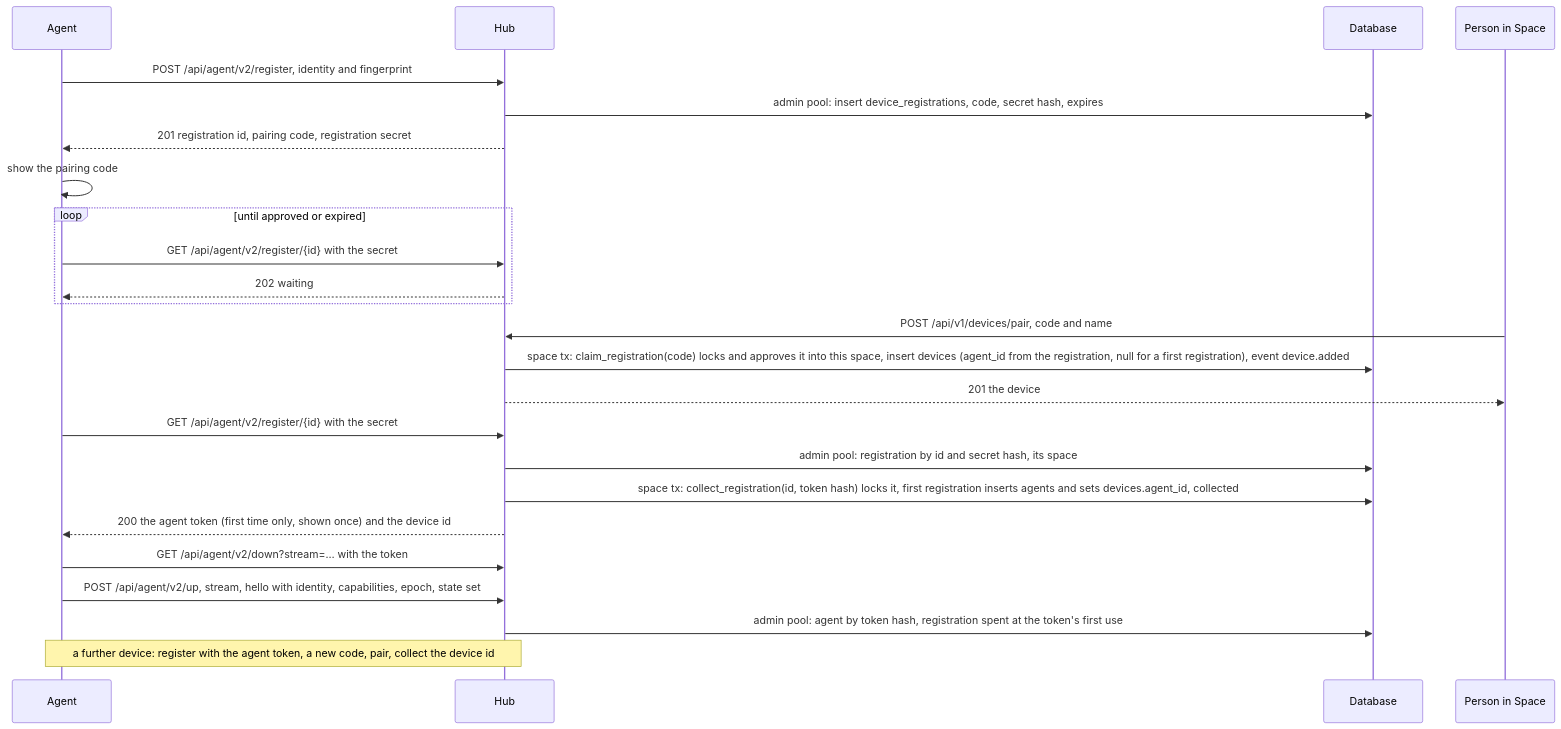
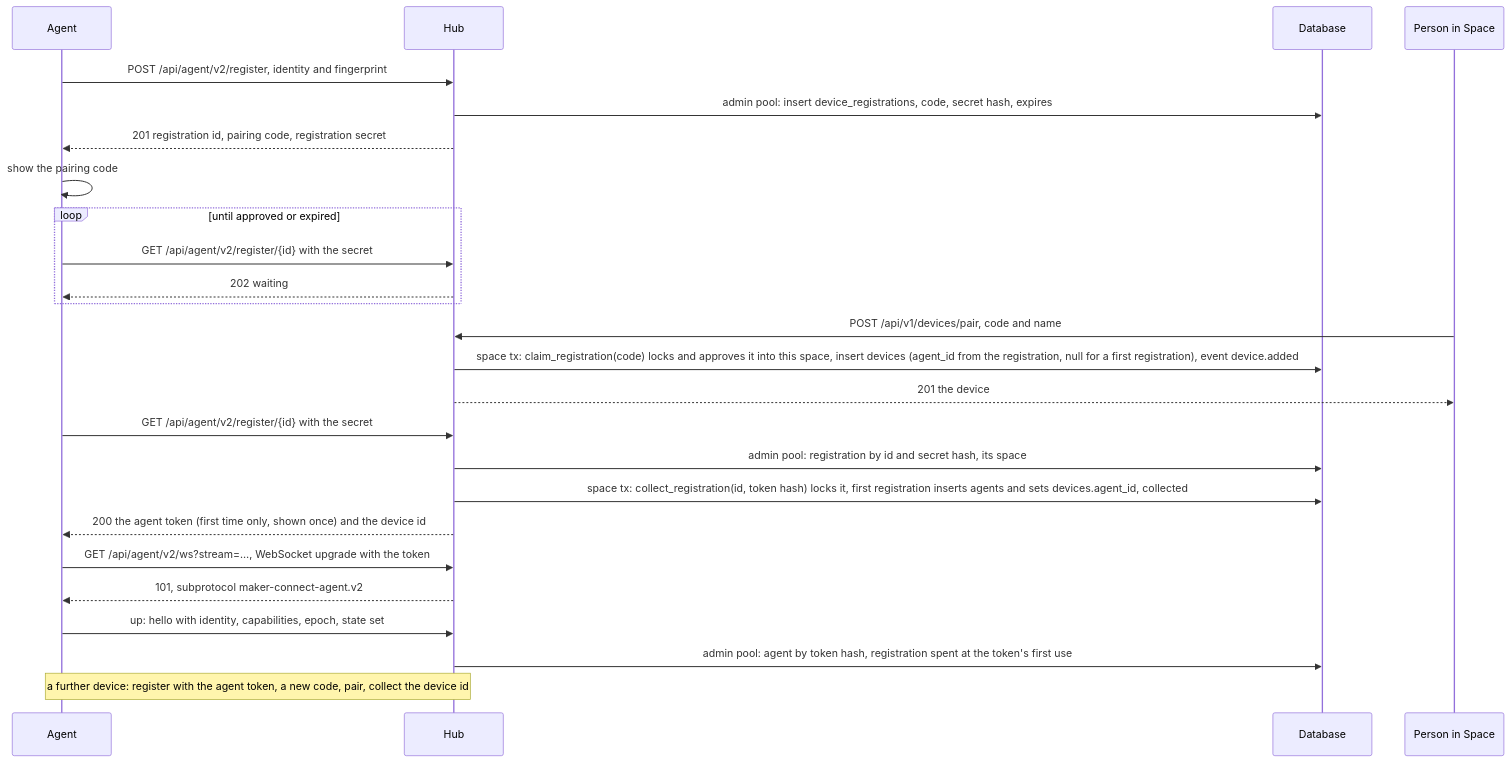
One commit to CuriousTimo/Maker-Connect changed the first of 9 diagrams in docs/design/flows.md. Above: the diagram before and after it, drawn with Mermaid. The commit also changed other lines of this file and 20 other files, not shown here.

````diff
--- a/docs/design/flows.md
+++ b/docs/design/flows.md
@@ -17,26 +18,27 @@
 ```mermaid
 sequenceDiagram
   participant A as Agent
   participant H as Hub
   participant D as Database
   participant P as Person in Space
   A->>H: POST /api/agent/v2/register, identity and fingerprint
   H->>D: admin pool: insert device_registrations, code, secret hash, expires
   H-->>A: 201 registration id, pairing code, registration secret
   A->>A: show the pairing code
   loop until approved or expired
     A->>H: GET /api/agent/v2/register/{id} with the secret
     H-->>A: 202 waiting
   end
   P->>H: POST /api/v1/devices/pair, code and name
   H->>D: space tx: claim_registration(code) locks and approves it into this space, insert devices (agent_id from the registration, null for a first registration), event device.added
   H-->>P: 201 the device
   A->>H: GET /api/agent/v2/register/{id} with the secret
   H->>D: admin pool: registration by id and secret hash, its space
   H->>D: space tx: collect_registration(id, token hash) locks it, first registration inserts agents and sets devices.agent_id, collected
   H-->>A: 200 the agent token (first time only, shown once) and the device id
-  A->>H: GET /api/agent/v2/down?stream=… with the token
-  A->>H: POST /api/agent/v2/up, stream, hello with identity, capabilities, epoch, state set
+  A->>H: GET /api/agent/v2/ws?stream=…, WebSocket upgrade with the token
+  H-->>A: 101, subprotocol maker-connect-agent.v2
+  A->>H: up: hello with identity, capabilities, epoch, state set
   H->>D: admin pool: agent by token hash, registration spent at the token's first use
   Note over A,H: a further device: register with the agent token, a new code, pair, collect the device id
 ```
````
